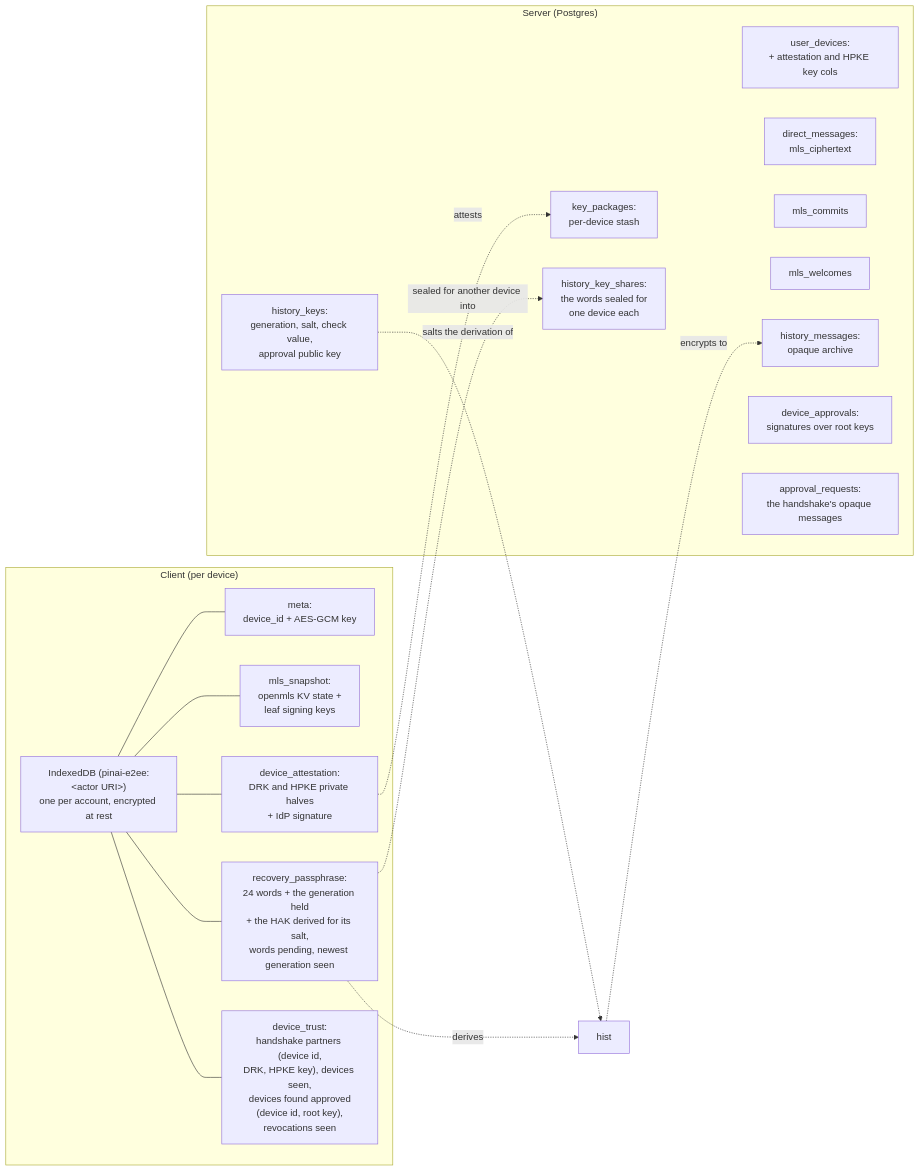
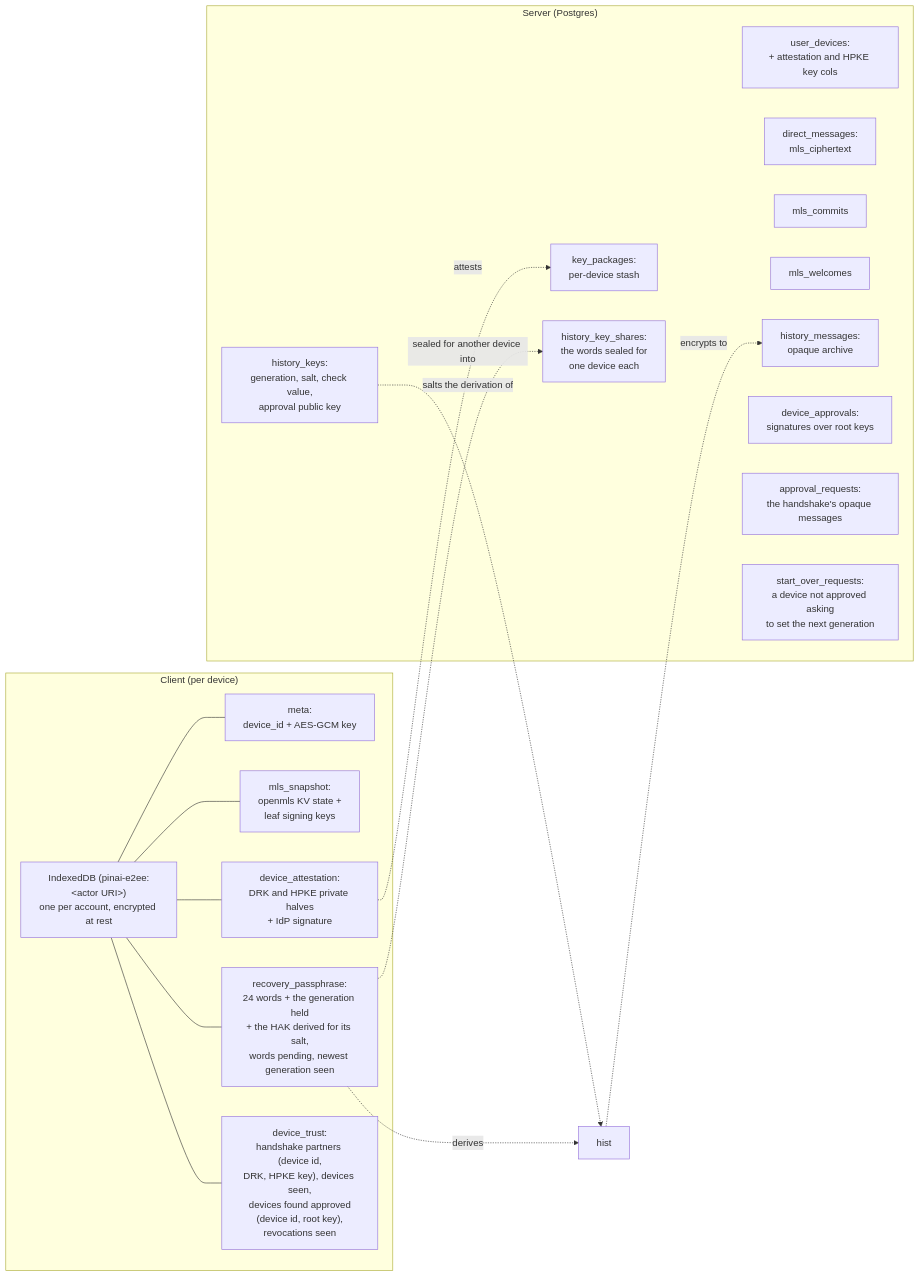
Diagram 21 of 21 in identity-provider/specs/e2ee.md (Pina-i/pinai), drawn with Mermaid before and after one commit. The commit also changed other lines of this file and 81 other files, not shown here.

````diff
--- a/identity-provider/specs/e2ee.md
+++ b/identity-provider/specs/e2ee.md
@@ -1938,28 +2219,29 @@
 ```mermaid
 flowchart LR
     subgraph client ["Client (per device)"]
         IDB["IndexedDB (pinai-e2ee:#lt;actor URI#gt;)<br/>one per account, encrypted at rest"]
         IDB --- meta["meta:<br/>device_id + AES-GCM key"]
         IDB --- ident["mls_snapshot:<br/>openmls KV state +<br/>leaf signing keys"]
         IDB --- att["device_attestation:<br/>DRK and HPKE private halves<br/>+ IdP signature"]
         IDB --- pass["recovery_passphrase:<br/>24 words + the generation held<br/>+ the HAK derived for its salt,<br/>words pending, newest generation seen"]
         IDB --- trust["device_trust:<br/>handshake partners (device id,<br/>DRK, HPKE key), devices seen,<br/>devices found approved<br/>(device id, root key),<br/>revocations seen"]
     end
     subgraph server ["Server (Postgres)"]
         UD["user_devices:<br/>+ attestation and HPKE key cols"]
         KP["key_packages:<br/>per-device stash"]
         DM["direct_messages:<br/>mls_ciphertext"]
         MC["mls_commits"]
         MW["mls_welcomes"]
         HM["history_messages:<br/>opaque archive"]
         HK["history_keys:<br/>generation, salt, check value,<br/>approval public key"]
         DA["device_approvals:<br/>signatures over root keys"]
         AR["approval_requests:<br/>the handshake's opaque messages"]
         KS["history_key_shares:<br/>the words sealed for<br/>one device each"]
+        SO["start_over_requests:<br/>a device not approved asking<br/>to set the next generation"]
     end
     att -.->|attests| KP
     pass -.->|derives| hist
     hist -.->|encrypts to| HM
     HK -.->|salts the derivation of| hist
     pass -.->|sealed for another device into| KS
 ```
````
